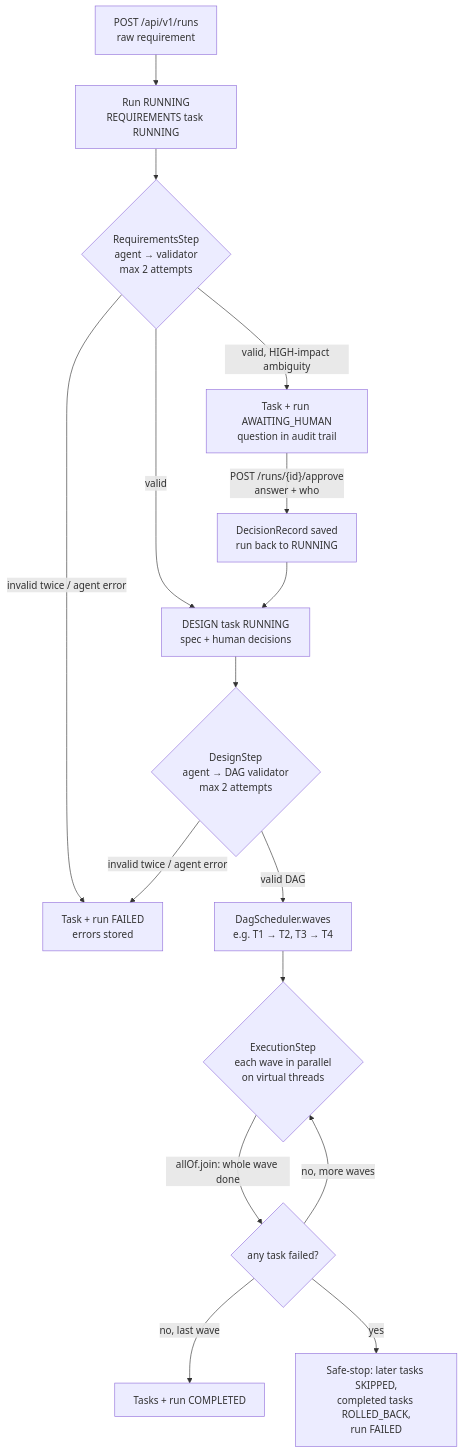
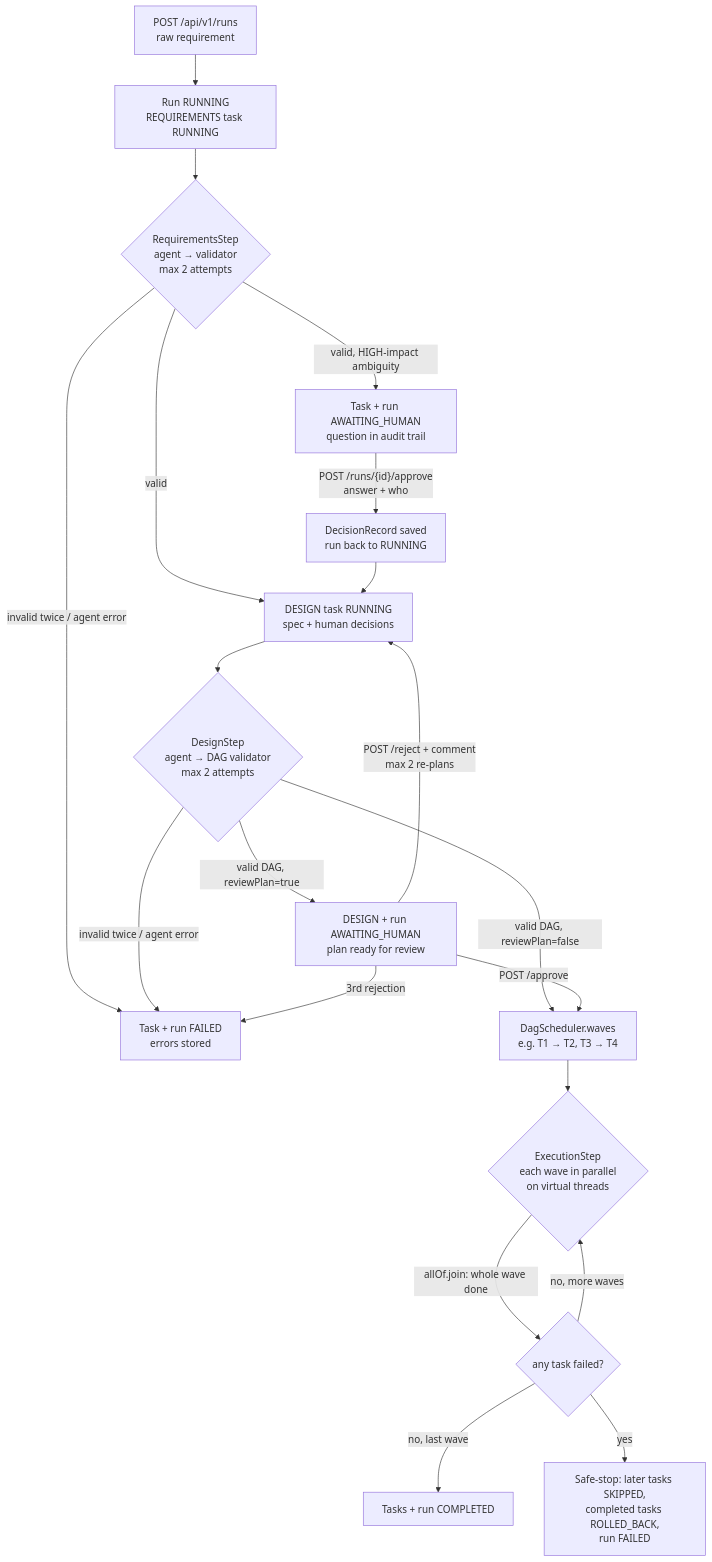
The diagram in ORCHESTRATION.md (kazicodemed/agentic-url-shortener), drawn with Mermaid before and after one commit. The commit also changed other lines of this file and 1 other file, not shown here.

Commit message:
Docs: Claude design agent, plan review gate, re-planning

````diff
--- a/ORCHESTRATION.md
+++ b/ORCHESTRATION.md
@@ -17,18 +18,22 @@
 ```mermaid
 flowchart TD
     A[POST /api/v1/runs<br/>raw requirement] --> B[Run RUNNING<br/>REQUIREMENTS task RUNNING]
     B --> C{RequirementsStep<br/>agent → validator<br/>max 2 attempts}
     C -- invalid twice / agent error --> F[Task + run FAILED<br/>errors stored]
     C -- valid, HIGH-impact ambiguity --> H[Task + run AWAITING_HUMAN<br/>question in audit trail]
     C -- valid --> D
     H -- POST /runs/{id}/approve<br/>answer + who --> R[DecisionRecord saved<br/>run back to RUNNING]
     R --> D[DESIGN task RUNNING<br/>spec + human decisions]
     D --> E{DesignStep<br/>agent → DAG validator<br/>max 2 attempts}
     E -- invalid twice / agent error --> F
-    E -- valid DAG --> W[DagScheduler.waves<br/>e.g. T1 → T2, T3 → T4]
+    E -- valid DAG, reviewPlan=false --> W[DagScheduler.waves<br/>e.g. T1 → T2, T3 → T4]
+    E -- valid DAG, reviewPlan=true --> P[DESIGN + run AWAITING_HUMAN<br/>plan ready for review]
+    P -- POST /approve --> W
+    P -- POST /reject + comment<br/>max 2 re-plans --> D
+    P -- 3rd rejection --> F
     W --> X{ExecutionStep<br/>each wave in parallel<br/>on virtual threads}
     X -- allOf.join: whole wave done --> Y{any task failed?}
     Y -- no, more waves --> X
     Y -- no, last wave --> G[Tasks + run COMPLETED]
     Y -- yes --> S[Safe-stop: later tasks SKIPPED,<br/>completed tasks ROLLED_BACK,<br/>run FAILED]
 ```
````
